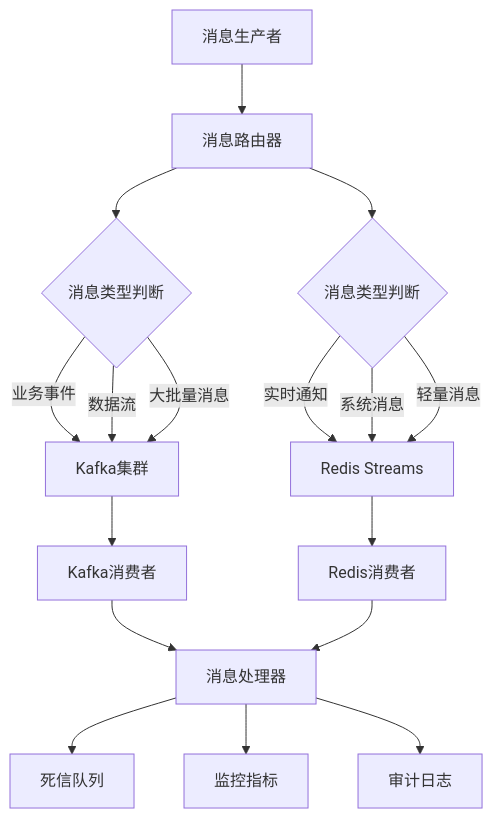
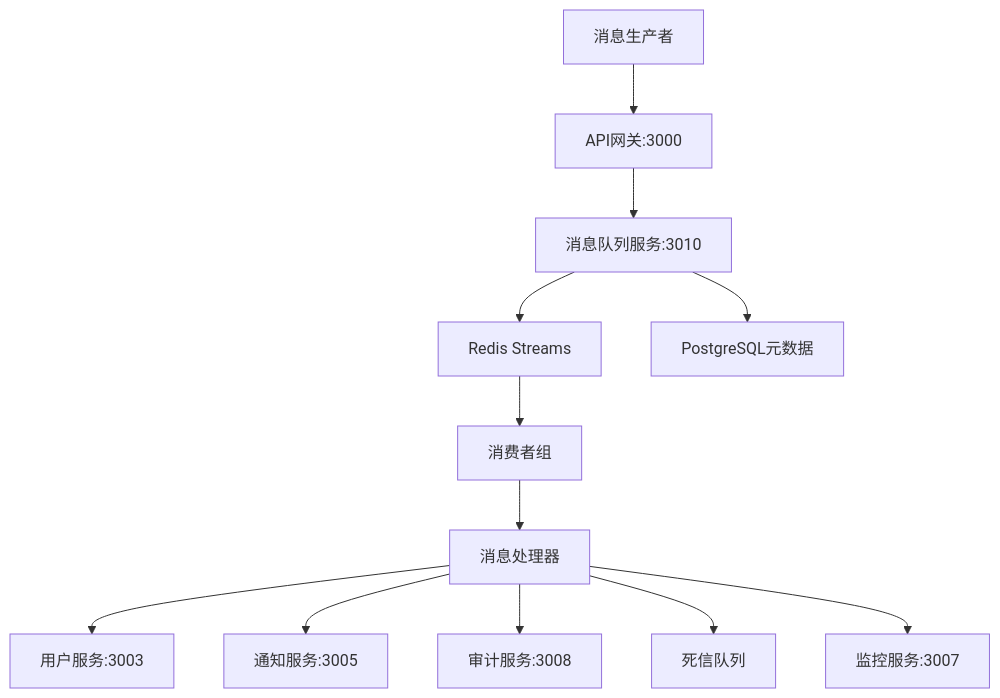
The diagram in message-queue-service/development-guide.md (Gan-Xing/microservices-platform), drawn with Mermaid before and after one commit. The commit also changed other lines of this file, not shown here.

First line of the commit message:
Enhance message queue service development guide with comprehensive standard version optimization

````diff
--- a/message-queue-service/development-guide.md
+++ b/message-queue-service/development-guide.md
@@ -220,24 +272,18 @@
 ```mermaid
 graph TB
-    Producer[消息生产者] --> Router[消息路由器]
-    Router --> KafkaCheck{消息类型判断}
-    Router --> RedisCheck{消息类型判断}
+    Producer[消息生产者] --> Gateway[API网关:3000]
+    Gateway --> MQService[消息队列服务:3010]
     
-    KafkaCheck -->|业务事件| KafkaCluster[Kafka集群]
-    KafkaCheck -->|数据流| KafkaCluster
-    KafkaCheck -->|大批量消息| KafkaCluster
+    MQService --> RedisStreams[Redis Streams]
+    MQService --> PostgreSQL[PostgreSQL元数据]
     
-    RedisCheck -->|实时通知| RedisStreams[Redis Streams]
-    RedisCheck -->|系统消息| RedisStreams
-    RedisCheck -->|轻量消息| RedisStreams
+    RedisStreams --> ConsumerGroup[消费者组]
+    ConsumerGroup --> MessageProcessor[消息处理器]
     
-    KafkaCluster --> KafkaConsumer[Kafka消费者]
-    RedisStreams --> RedisConsumer[Redis消费者]
-    
-    KafkaConsumer --> MessageProcessor[消息处理器]
-    RedisConsumer --> MessageProcessor
+    MessageProcessor --> UserService[用户服务:3003]
+    MessageProcessor --> NotificationService[通知服务:3005]
+    MessageProcessor --> AuditService[审计服务:3008]
     
     MessageProcessor --> DeadLetter[死信队列]
-    MessageProcessor --> Metrics[监控指标]
-    MessageProcessor --> AuditLog[审计日志]
+    MessageProcessor --> Monitoring[监控服务:3007]
 ```
````
